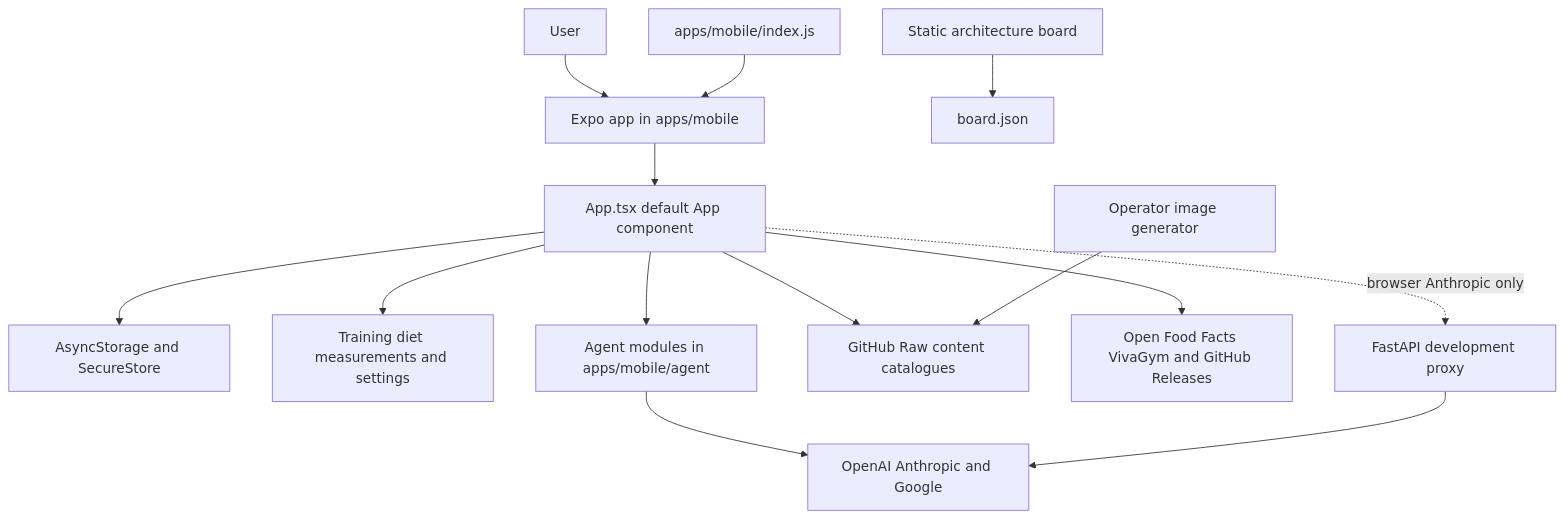
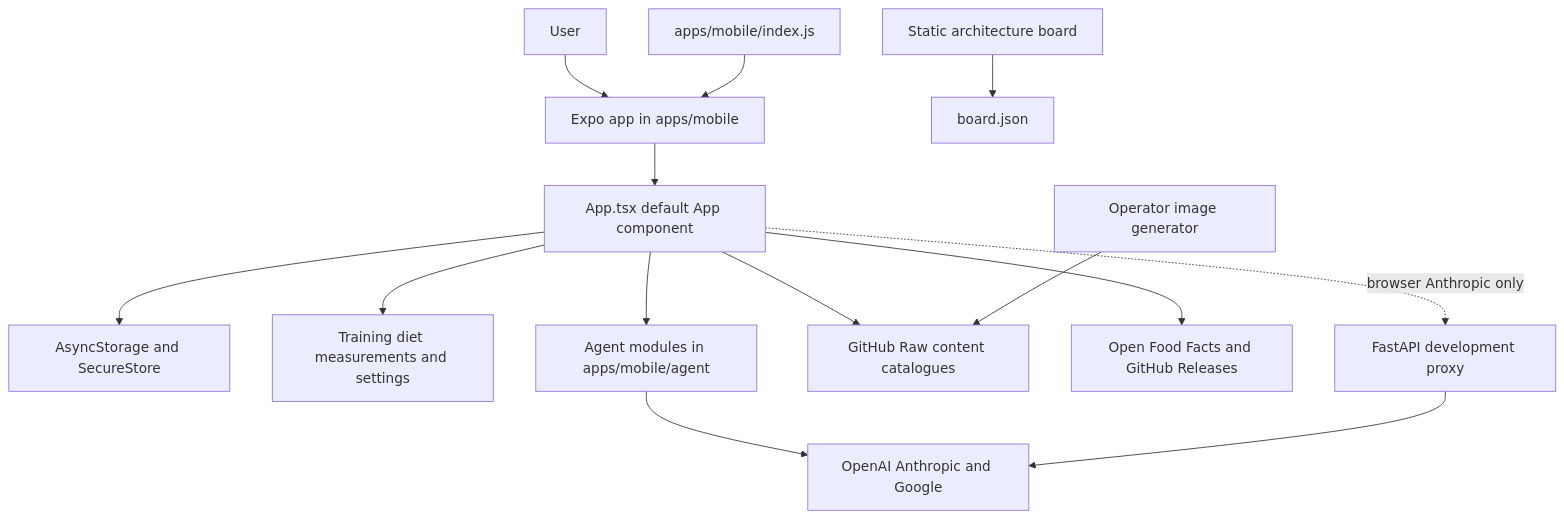
One commit to maximofn/gymnasia changed the diagram in openwiki/quickstart.md. Above: the diagram before and after it, drawn with Mermaid. The commit also changed other lines of this file and 25 other files, not shown here.

Commit message:
fix(mobile): retirar temporalmente VivaGym del runtime

````diff
--- a/openwiki/quickstart.md
+++ b/openwiki/quickstart.md
@@ -60,16 +60,16 @@
 ```mermaid
 flowchart TD
     User["User"] --> Expo["Expo app in apps/mobile"]
     Entry["apps/mobile/index.js"] --> Expo
     Expo --> App["App.tsx default App component"]
     App --> Local["AsyncStorage and SecureStore"]
     App --> Domains["Training diet measurements and settings"]
     App --> Agent["Agent modules in apps/mobile/agent"]
     App --> Catalogues["GitHub Raw content catalogues"]
     Agent --> Providers["OpenAI Anthropic and Google"]
-    App --> External["Open Food Facts VivaGym and GitHub Releases"]
+    App --> External["Open Food Facts and GitHub Releases"]
     App -. "browser Anthropic only" .-> Proxy["FastAPI development proxy"]
     Proxy --> Providers
     Board["Static architecture board"] --> BoardData["board.json"]
     Generator["Operator image generator"] --> Catalogues
 ```
````
